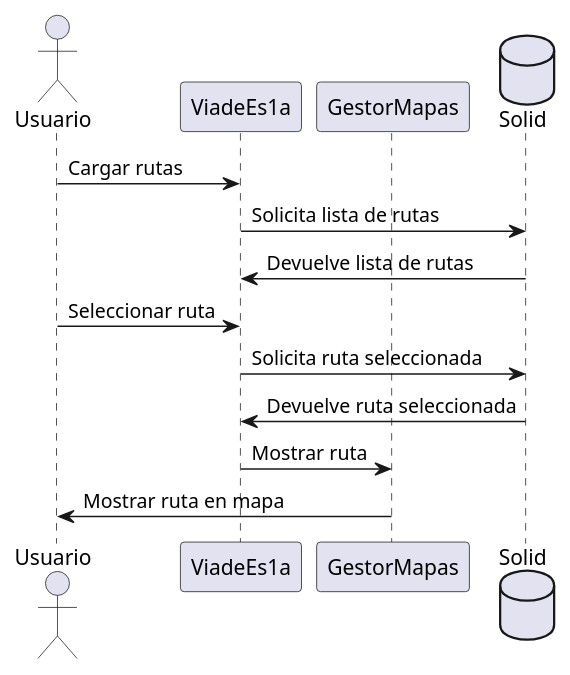
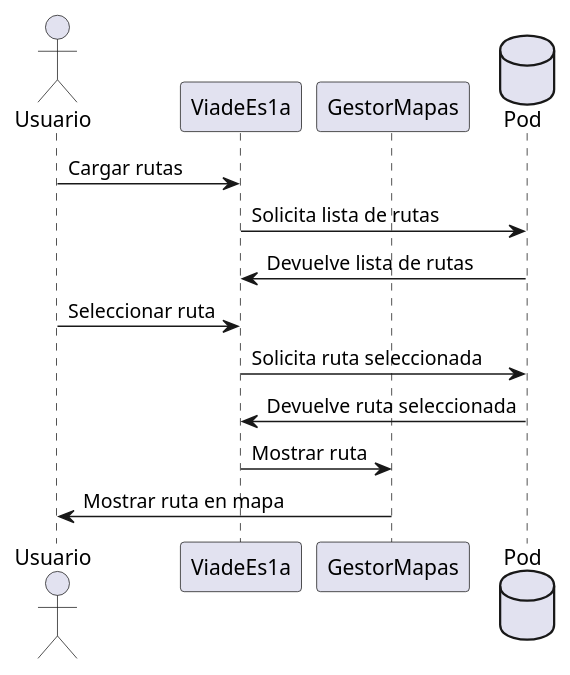
One commit to Arquisoft/viade_es1a changed the third of 4 diagrams in src/docs/06_runtime_view.adoc. Above: the diagram before and after it, drawn with PlantUML. The commit also changed other lines of this file and 8 other files, not shown here.

```diff
--- a/src/docs/06_runtime_view.adoc
+++ b/src/docs/06_runtime_view.adoc
@@ -43,20 +43,20 @@
 [plantuml,ver ruta,png]
 ----
 @startuml
 
 actor Usuario
 participant ViadeEs1a
 participant GestorMapas
-database Solid
+database Pod
 
 Usuario -> ViadeEs1a:Cargar rutas
-ViadeEs1a -> Solid:Solicita lista de rutas
-Solid -> ViadeEs1a:Devuelve lista de rutas
+ViadeEs1a -> Pod:Solicita lista de rutas
+Pod -> ViadeEs1a:Devuelve lista de rutas
 Usuario -> ViadeEs1a:Seleccionar ruta
-ViadeEs1a -> Solid:Solicita ruta seleccionada
-Solid -> ViadeEs1a:Devuelve ruta seleccionada
+ViadeEs1a -> Pod:Solicita ruta seleccionada
+Pod -> ViadeEs1a:Devuelve ruta seleccionada
 ViadeEs1a -> GestorMapas:Mostrar ruta
 GestorMapas -> Usuario:Mostrar ruta en mapa
 
 @enduml
 ----
```
